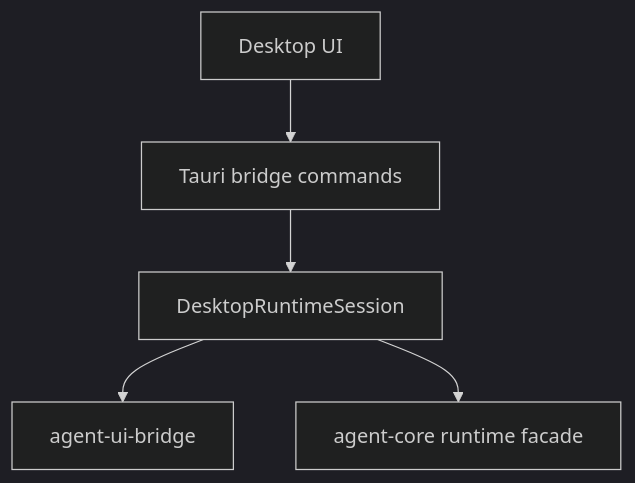
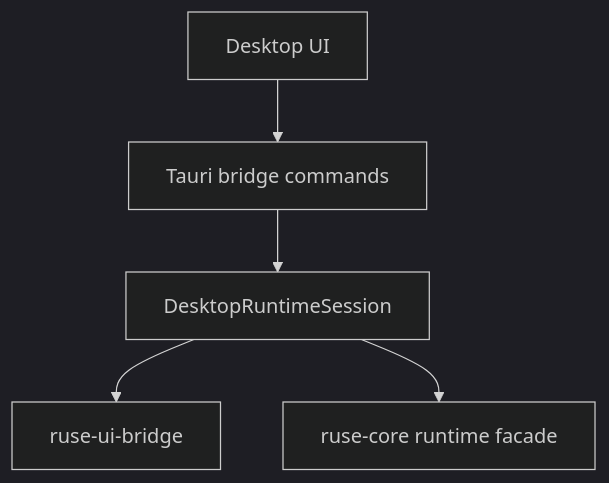
The diagram in docs/specs/M21-02-desktop-bridge-session.spec.md (poneding/agent), drawn with Mermaid (dark theme) before and after one commit. The commit also changed other lines of this file and 2091 other files, not shown here.

First line of the commit message:
refactor: rename agent branding to ruse

````diff
--- a/docs/specs/M21-02-desktop-bridge-session.spec.md
+++ b/docs/specs/M21-02-desktop-bridge-session.spec.md
@@ -32,7 +32,7 @@
 ```mermaid
 flowchart TD
   Frontend["Desktop UI"] --> Commands["Tauri bridge commands"]
   Commands --> Session["DesktopRuntimeSession"]
-  Session --> UiBridge["agent-ui-bridge"]
-  Session --> Core["agent-core runtime facade"]
+  Session --> UiBridge["ruse-ui-bridge"]
+  Session --> Core["ruse-core runtime facade"]
 ```
````
